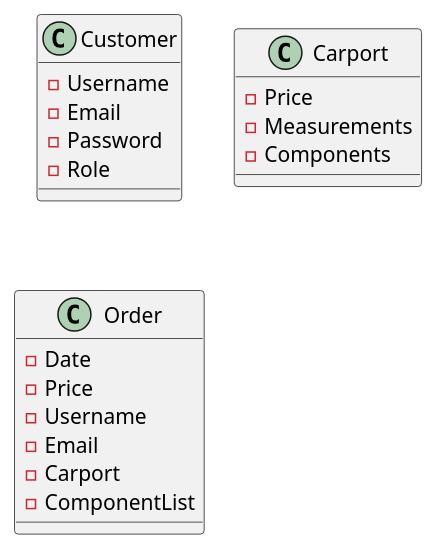
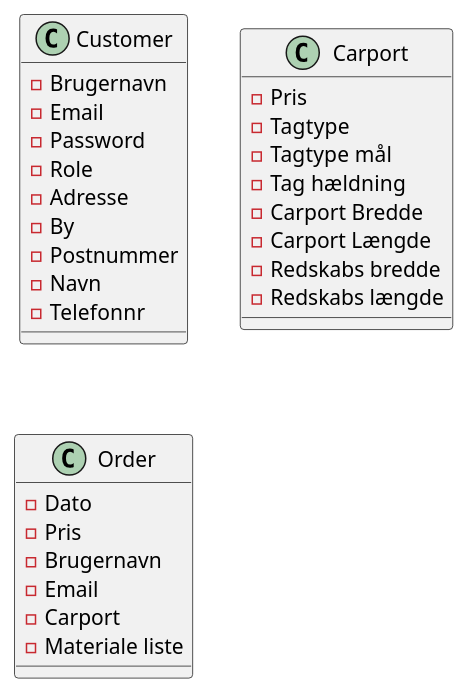
One commit to NatasjaVitoft/Carport changed the diagram in documentation/Domænemodel.puml. Above: the diagram before and after it, drawn with PlantUML.

Commit message:
Updated domaine

```diff
--- a/documentation/Domænemodel.puml
+++ b/documentation/Domænemodel.puml
@@ -1,25 +1,35 @@
 @startuml
 
 class Customer {
-- Username
+- Brugernavn
 - Email
 - Password
 - Role
+- Adresse
+- By
+- Postnummer
+- Navn
+- Telefonnr
 }
 
 class Carport {
-- Price
-- Measurements
-- Components
+- Pris
+- Tagtype
+- Tagtype mål
+- Tag hældning
+- Carport Bredde
+- Carport Længde
+- Redskabs bredde
+- Redskabs længde
 }
 
 class Order {
-- Date
-- Price
-- Username
+- Dato
+- Pris
+- Brugernavn
 - Email
 - Carport
-- ComponentList
+- Materiale liste
 }
 
 @enduml
```
